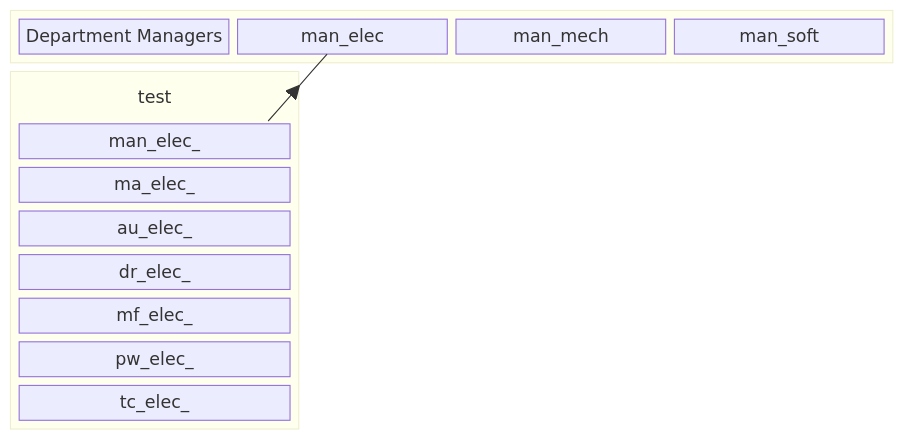
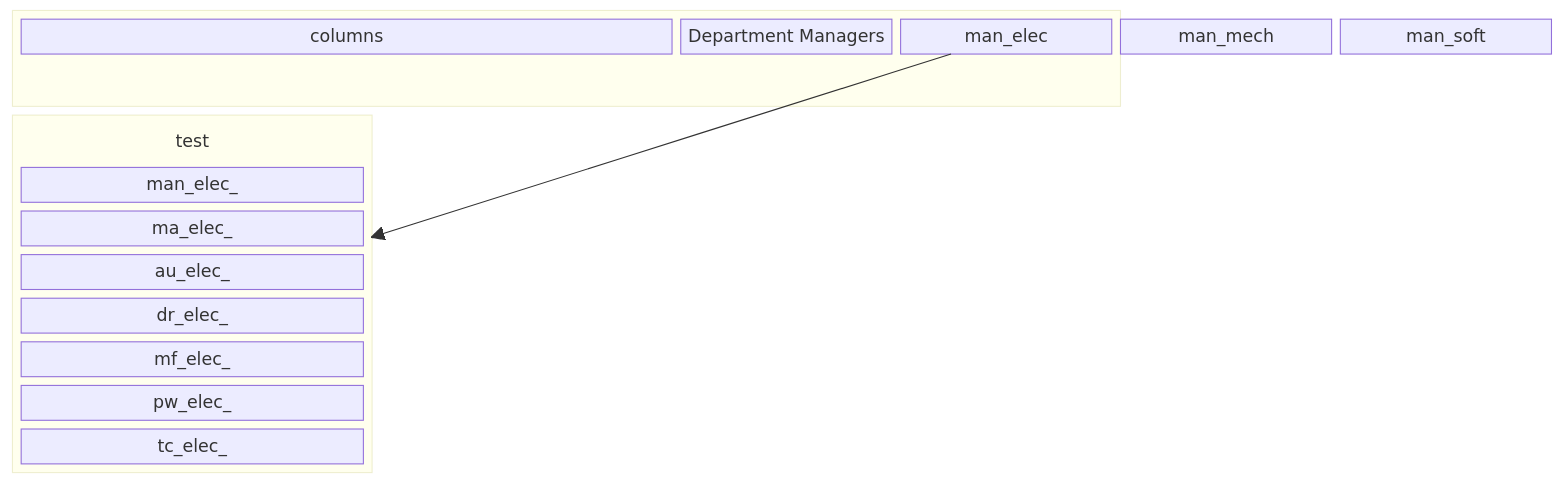
One commit to FooGiGo-Org/.github changed the diagram in README.md. Above: the diagram before and after it, drawn with Mermaid.

Commit message:
Fix formatting in README for block definition

````diff
--- a/README.md
+++ b/README.md
@@ -1,25 +1,26 @@
 ```mermaid
 ---
 title: SCRB Matrix Organization
 ---
 block
     columns 3
     block:test:3
+        columns:3
         man["Department Managers"]
         man_elec man_mech man_soft
     end
     block:meme:1
         columns 1
         uct("test")
         man_elec_
         ma_elec_
         au_elec_
         dr_elec_
         mf_elec_
         pw_elec_
         tc_elec_
     end
     man_elec --> meme
 class uct BT
 classDef BT stroke:transparent,fill:transparent
 ```
````
